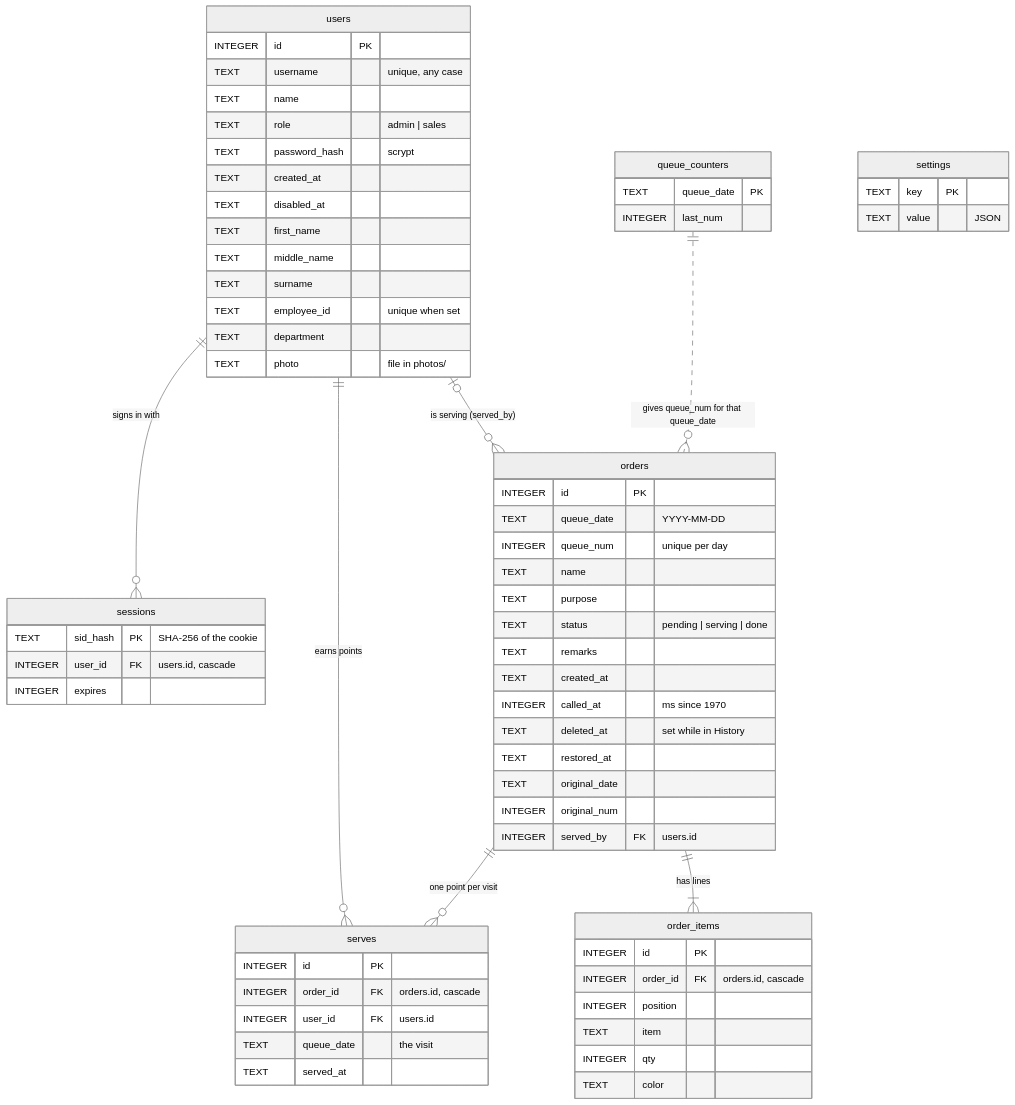
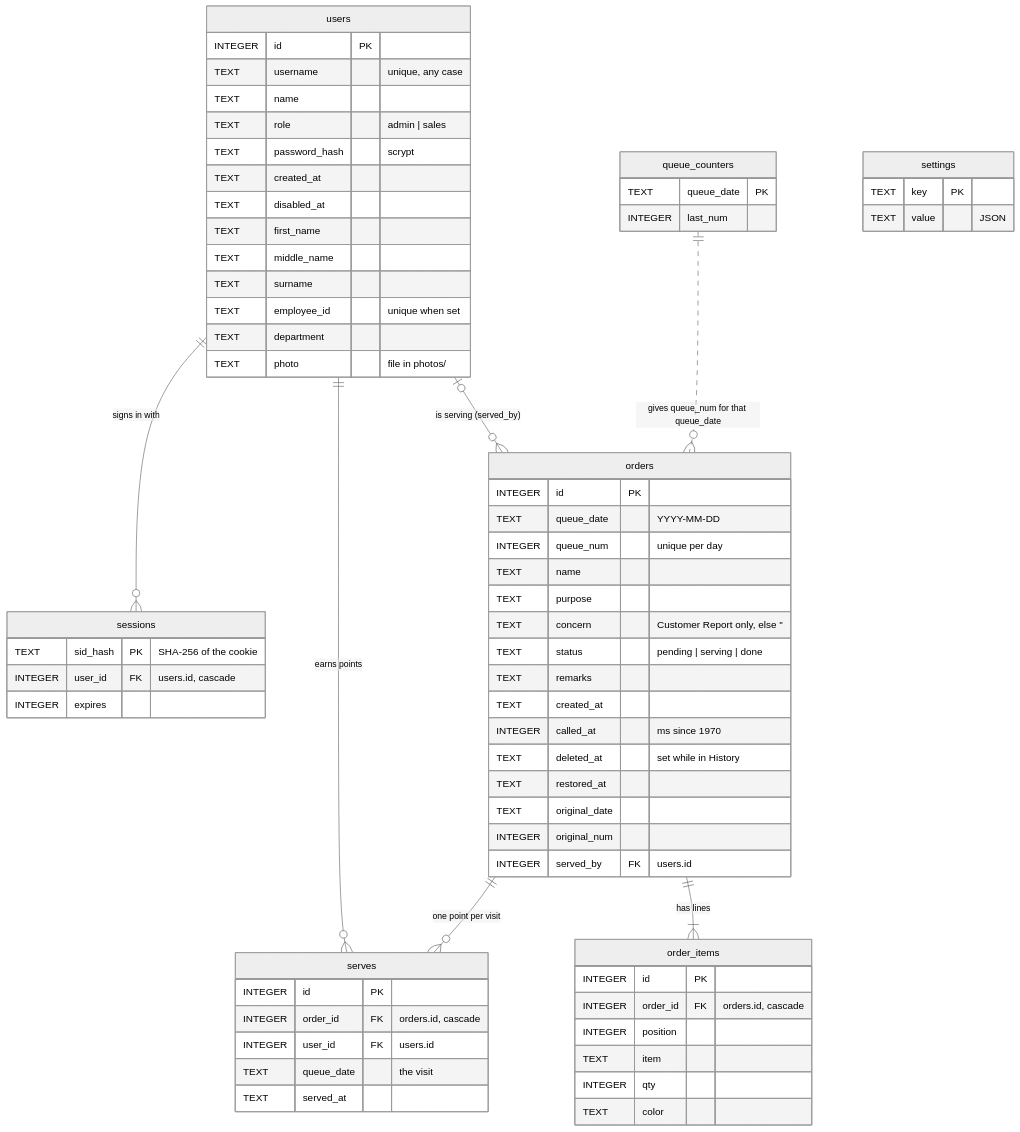
One commit to gabrielgutz18/Sheehan-QMS changed the second of 2 diagrams in DATABASE.md. Above: the diagram before and after it, drawn with Mermaid (neutral theme). The commit also changed other lines of this file and 34 other files, not shown here.

````diff
--- a/DATABASE.md
+++ b/DATABASE.md
@@ -202,69 +203,70 @@
 ```mermaid
 erDiagram
     users ||--o{ sessions : "signs in with"
     users ||--o{ serves : "earns points"
     users |o--o{ orders : "is serving (served_by)"
     orders ||--|{ order_items : "has lines"
     orders ||--o{ serves : "one point per visit"
     queue_counters ||..o{ orders : "gives queue_num for that queue_date"
 
     orders {
         INTEGER id PK
         TEXT queue_date "YYYY-MM-DD"
         INTEGER queue_num "unique per day"
         TEXT name
         TEXT purpose
+        TEXT concern "Customer Report only, else ''"
         TEXT status "pending | serving | done"
         TEXT remarks
         TEXT created_at
         INTEGER called_at "ms since 1970"
         TEXT deleted_at "set while in History"
         TEXT restored_at
         TEXT original_date
         INTEGER original_num
         INTEGER served_by FK "users.id"
     }
     order_items {
         INTEGER id PK
         INTEGER order_id FK "orders.id, cascade"
         INTEGER position
         TEXT item
         INTEGER qty
         TEXT color
     }
     queue_counters {
         TEXT queue_date PK
         INTEGER last_num
     }
     users {
         INTEGER id PK
         TEXT username "unique, any case"
         TEXT name
         TEXT role "admin | sales"
         TEXT password_hash "scrypt"
         TEXT created_at
         TEXT disabled_at
         TEXT first_name
         TEXT middle_name
         TEXT surname
         TEXT employee_id "unique when set"
         TEXT department
         TEXT photo "file in photos/"
     }
     sessions {
         TEXT sid_hash PK "SHA-256 of the cookie"
         INTEGER user_id FK "users.id, cascade"
         INTEGER expires
     }
     serves {
         INTEGER id PK
         INTEGER order_id FK "orders.id, cascade"
         INTEGER user_id FK "users.id"
         TEXT queue_date "the visit"
         TEXT served_at
     }
     settings {
         TEXT key PK
         TEXT value "JSON"
     }
 ```
````
